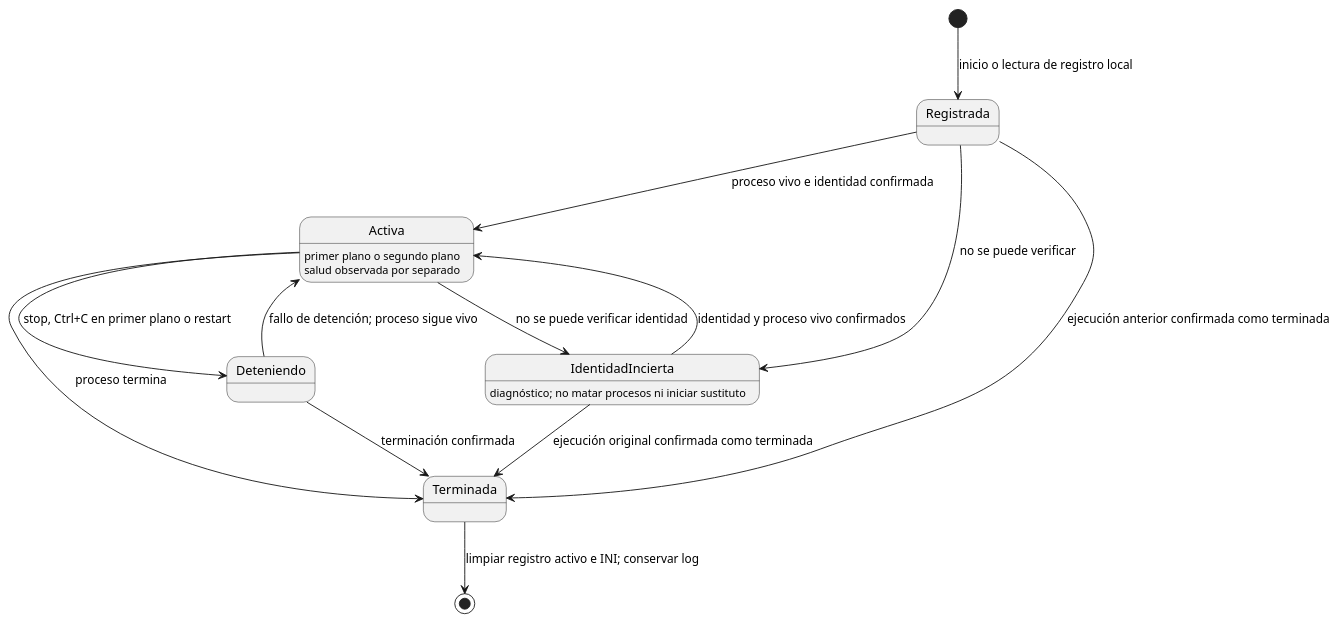
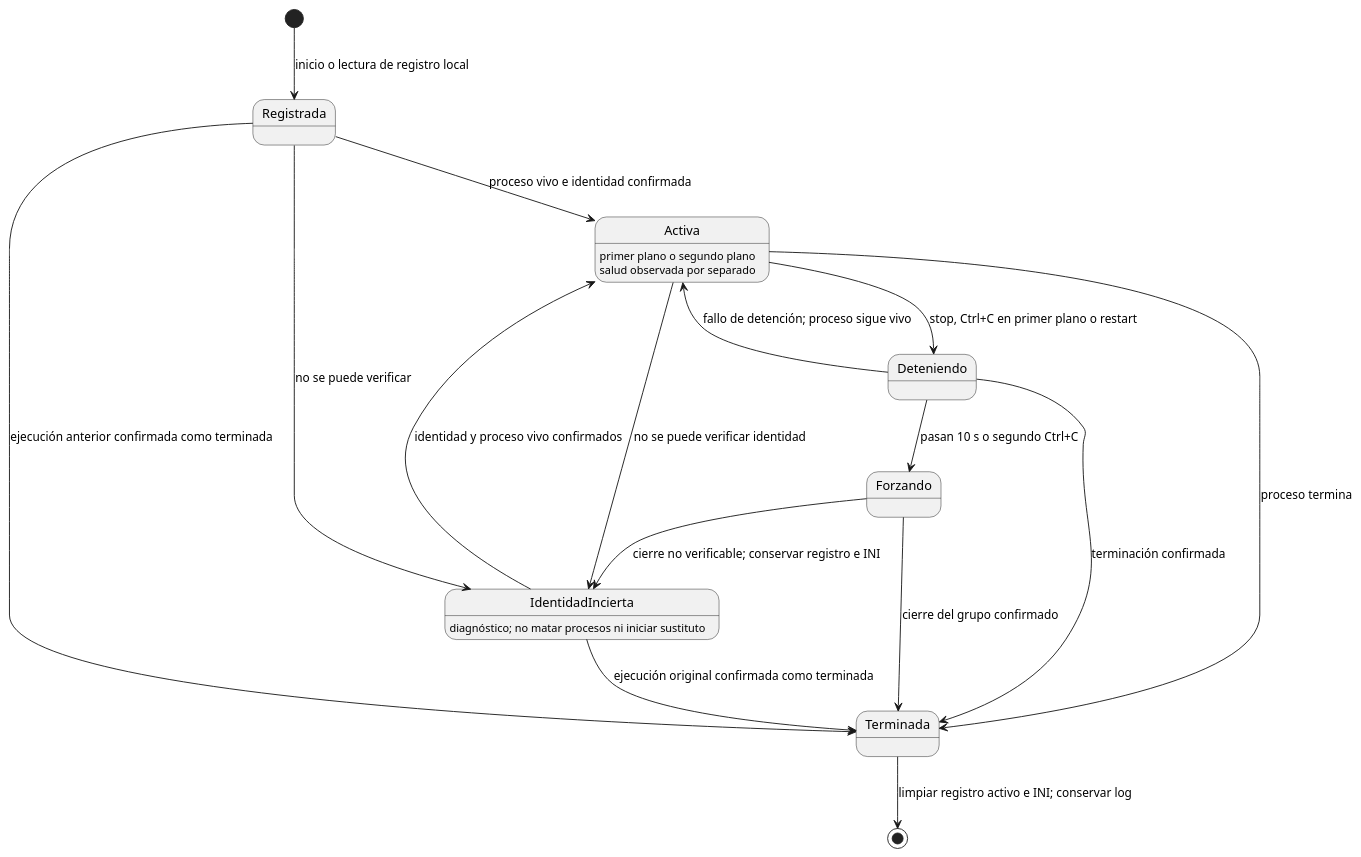
Before and after one commit to mstranich/coquena: the first of 3 diagrams in docs/estados.md, drawn with PlantUML. The commit also changed other lines of this file and 17 other files, not shown here.

````diff
--- a/docs/estados.md
+++ b/docs/estados.md
@@ -9,19 +9,22 @@
 ```plantuml
 @startuml
 [*] --> Registrada : inicio o lectura de registro local
 Registrada --> Activa : proceso vivo e identidad confirmada
 Registrada --> IdentidadIncierta : no se puede verificar
 Registrada --> Terminada : ejecución anterior confirmada como terminada
 Activa --> Deteniendo : stop, Ctrl+C en primer plano o restart
 Activa --> Terminada : proceso termina
 Activa --> IdentidadIncierta : no se puede verificar identidad
 IdentidadIncierta --> Activa : identidad y proceso vivo confirmados
 IdentidadIncierta --> Terminada : ejecución original confirmada como terminada
 Deteniendo --> Terminada : terminación confirmada
+Deteniendo --> Forzando : pasan 10 s o segundo Ctrl+C
+Forzando --> Terminada : cierre del grupo confirmado
+Forzando --> IdentidadIncierta : cierre no verificable; conservar registro e INI
 Deteniendo --> Activa : fallo de detención; proceso sigue vivo
 Terminada --> [*] : limpiar registro activo e INI; conservar log
 IdentidadIncierta : diagnóstico; no matar procesos ni iniciar sustituto
 Activa : primer plano o segundo plano
 Activa : salud observada por separado
 @enduml
 ```
````
